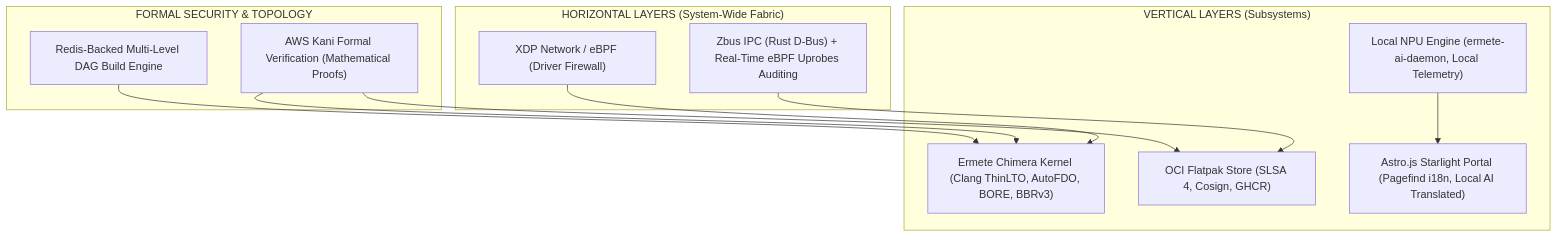
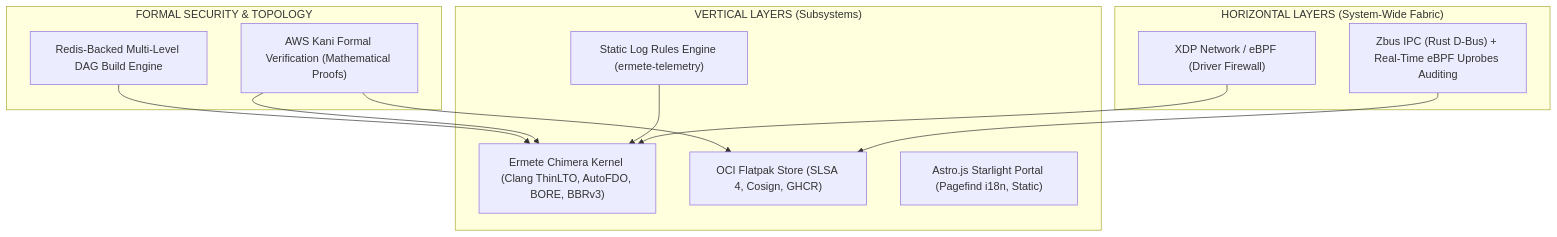
Before and after one commit to hr-mes/ermete-os: the diagram in system/ARCHITECTURE.md, drawn with Mermaid. The commit also changed other lines of this file and 385 other files, not shown here.

````diff
--- a/system/ARCHITECTURE.md
+++ b/system/ARCHITECTURE.md
@@ -17,26 +17,26 @@
 ```mermaid
 graph TD
     subgraph Horizontal_Layers ["HORIZONTAL LAYERS (System-Wide Fabric)"]
         XDP["XDP Network / eBPF (Driver Firewall)"]
         ZBUS["Zbus IPC (Rust D-Bus) + Real-Time eBPF Uprobes Auditing"]
     end
 
     subgraph Vertical_Layers ["VERTICAL LAYERS (Subsystems)"]
         KERNEL["Ermete Chimera Kernel (Clang ThinLTO, AutoFDO, BORE, BBRv3)"]
         STORE["OCI Flatpak Store (SLSA 4, Cosign, GHCR)"]
-        NPU["Local NPU Engine (ermete-ai-daemon, Local Telemetry)"]
-        PORTAL["Astro.js Starlight Portal (Pagefind i18n, Local AI Translated)"]
+        TELEMETRY["Static Log Rules Engine (ermete-telemetry)"]
+        PORTAL["Astro.js Starlight Portal (Pagefind i18n, Static)"]
     end
 
     subgraph Assurance ["FORMAL SECURITY & TOPOLOGY"]
         KANI["AWS Kani Formal Verification (Mathematical Proofs)"]
         DAG["Redis-Backed Multi-Level DAG Build Engine"]
     end
 
     XDP --> KERNEL
     ZBUS --> STORE
-    NPU --> PORTAL
+    TELEMETRY --> KERNEL
     KANI --> KERNEL
     KANI --> STORE
     DAG --> KERNEL
 ```
````
